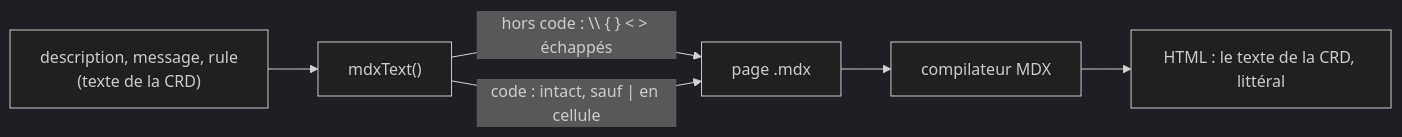
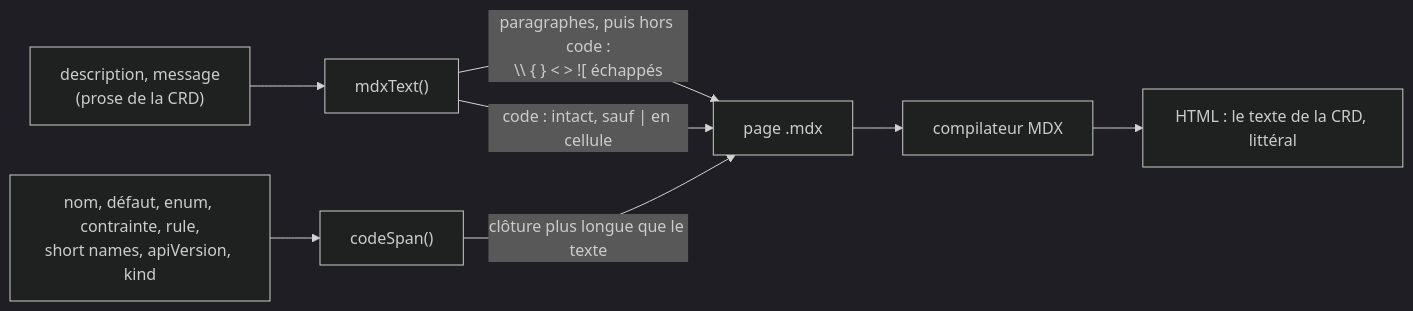
One commit to batleforc/weebo-operator-kit changed the third of 4 diagrams in docs/rfc-0004-crd-reference-nested-fields.md. Above: the diagram before and after it, drawn with Mermaid (dark theme). The commit also changed other lines of this file, not shown here.

````diff
--- a/docs/rfc-0004-crd-reference-nested-fields.md
+++ b/docs/rfc-0004-crd-reference-nested-fields.md
@@ -270,8 +348,10 @@
 ```mermaid
 flowchart LR
-    D["description, message, rule<br/>(texte de la CRD)"] --> M["mdxText()"]
-    M -->|"hors code : \\ #123; #125; &lt; &gt; échappés"| P["page .mdx"]
+    D["description, message<br/>(prose de la CRD)"] --> M["mdxText()"]
+    K["nom, défaut, enum, contrainte, rule,<br/>short names, apiVersion, kind"] --> CS["codeSpan()"]
+    M -->|"paragraphes, puis hors code :<br/>\\ #123; #125; &lt; &gt; ![ échappés"| P["page .mdx"]
     M -->|"code : intact, sauf #124; en cellule"| P
+    CS -->|"clôture plus longue que le texte"| P
     P --> C["compilateur MDX"]
     C --> H["HTML : le texte de la CRD, littéral"]
 ```
````
